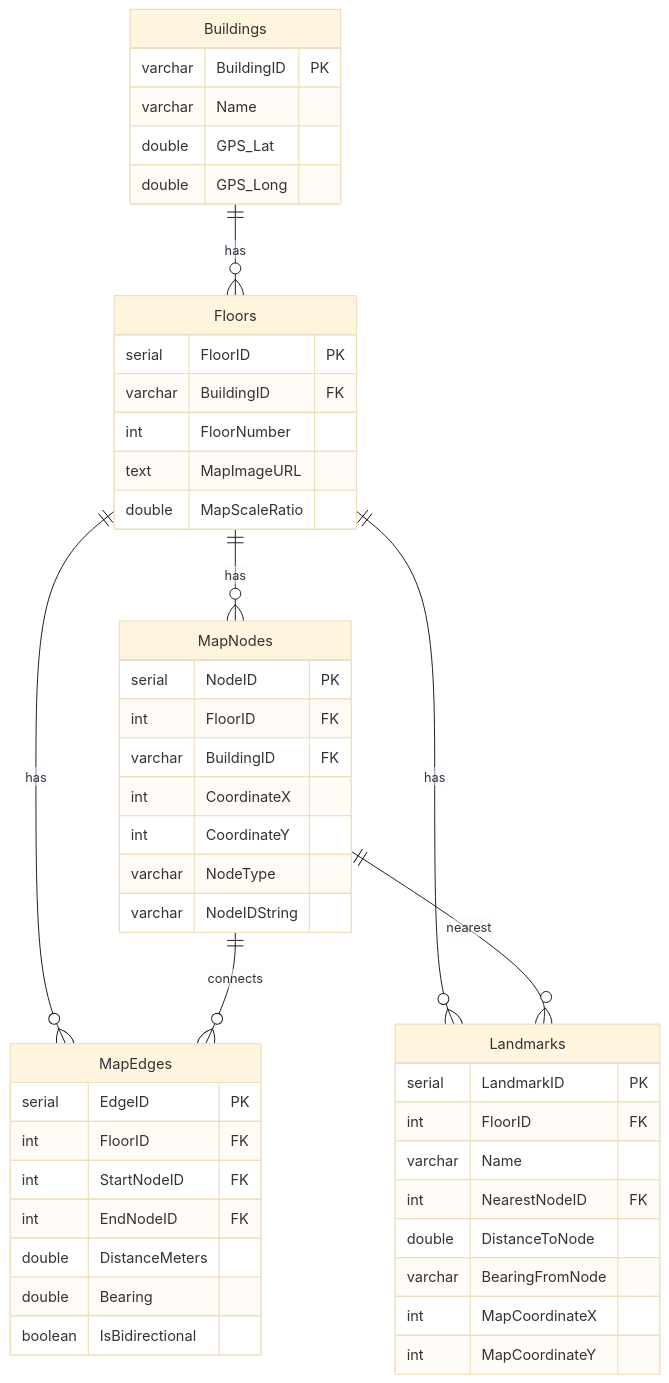
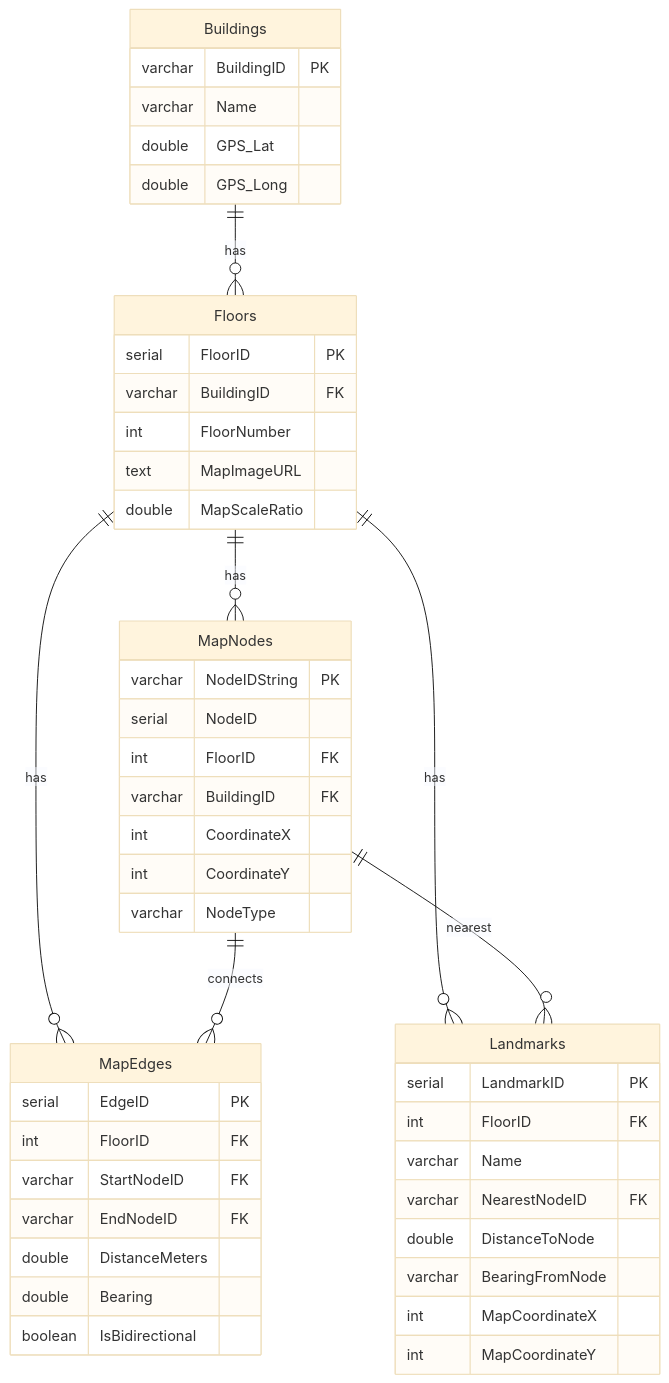
One commit to AkashK321/Stride changed the second of 2 diagrams in docs/DATABASE_SCHEMA_REPORT.md. Above: the diagram before and after it, drawn with Mermaid (base theme). The commit also changed other lines of this file and 4 other files, not shown here.

Commit message:
changed db schema to use nodeidstring as primary key in node table

````diff
--- a/docs/DATABASE_SCHEMA_REPORT.md
+++ b/docs/DATABASE_SCHEMA_REPORT.md
@@ -205,55 +205,55 @@
 ```mermaid
 erDiagram
   Buildings ||--o{ Floors : has
   Floors ||--o{ MapNodes : has
   Floors ||--o{ MapEdges : has
   Floors ||--o{ Landmarks : has
   MapNodes ||--o{ MapEdges : connects
   MapNodes ||--o{ Landmarks : nearest
 
   Buildings {
     varchar BuildingID PK
     varchar Name
     double GPS_Lat
     double GPS_Long
   }
 
   Floors {
     serial FloorID PK
     varchar BuildingID FK
     int FloorNumber
     text MapImageURL
     double MapScaleRatio
   }
 
   MapNodes {
-    serial NodeID PK
+    varchar NodeIDString PK
+    serial NodeID
     int FloorID FK
     varchar BuildingID FK
     int CoordinateX
     int CoordinateY
     varchar NodeType
-    varchar NodeIDString
   }
 
   MapEdges {
     serial EdgeID PK
     int FloorID FK
-    int StartNodeID FK
-    int EndNodeID FK
+    varchar StartNodeID FK
+    varchar EndNodeID FK
     double DistanceMeters
     double Bearing
     boolean IsBidirectional
   }
 
   Landmarks {
     serial LandmarkID PK
     int FloorID FK
     varchar Name
-    int NearestNodeID FK
+    varchar NearestNodeID FK
     double DistanceToNode
     varchar BearingFromNode
     int MapCoordinateX
     int MapCoordinateY
   }
 ```
````
